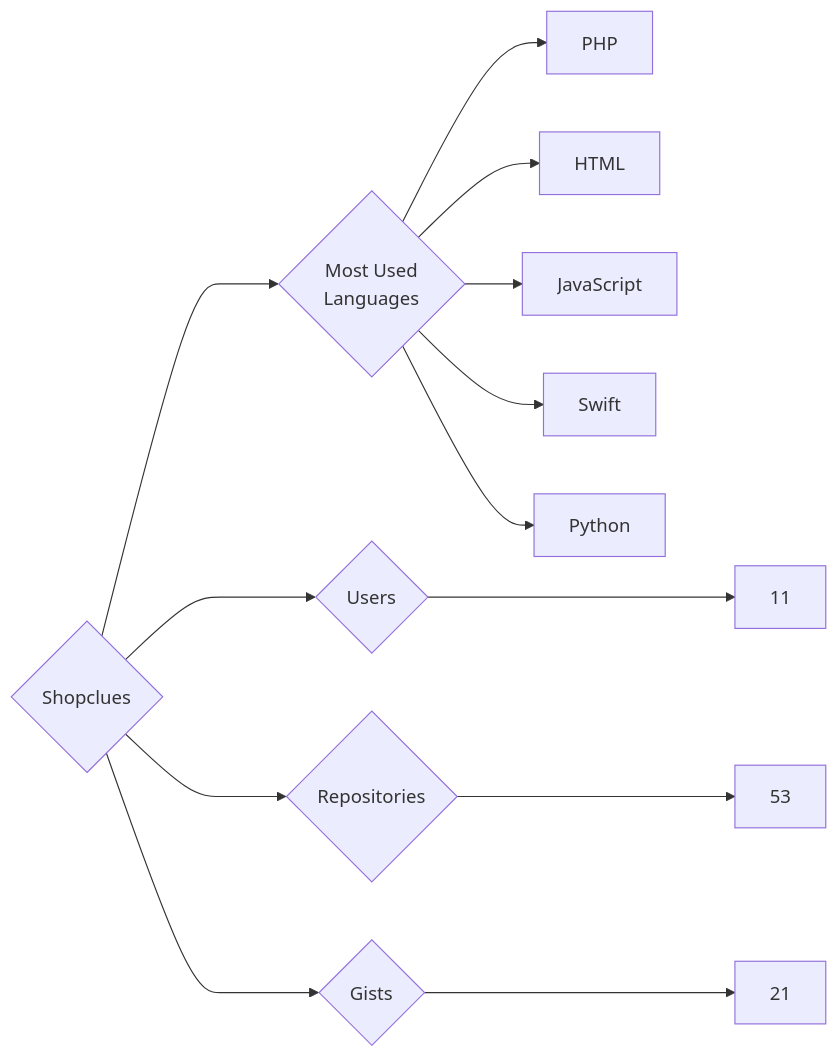
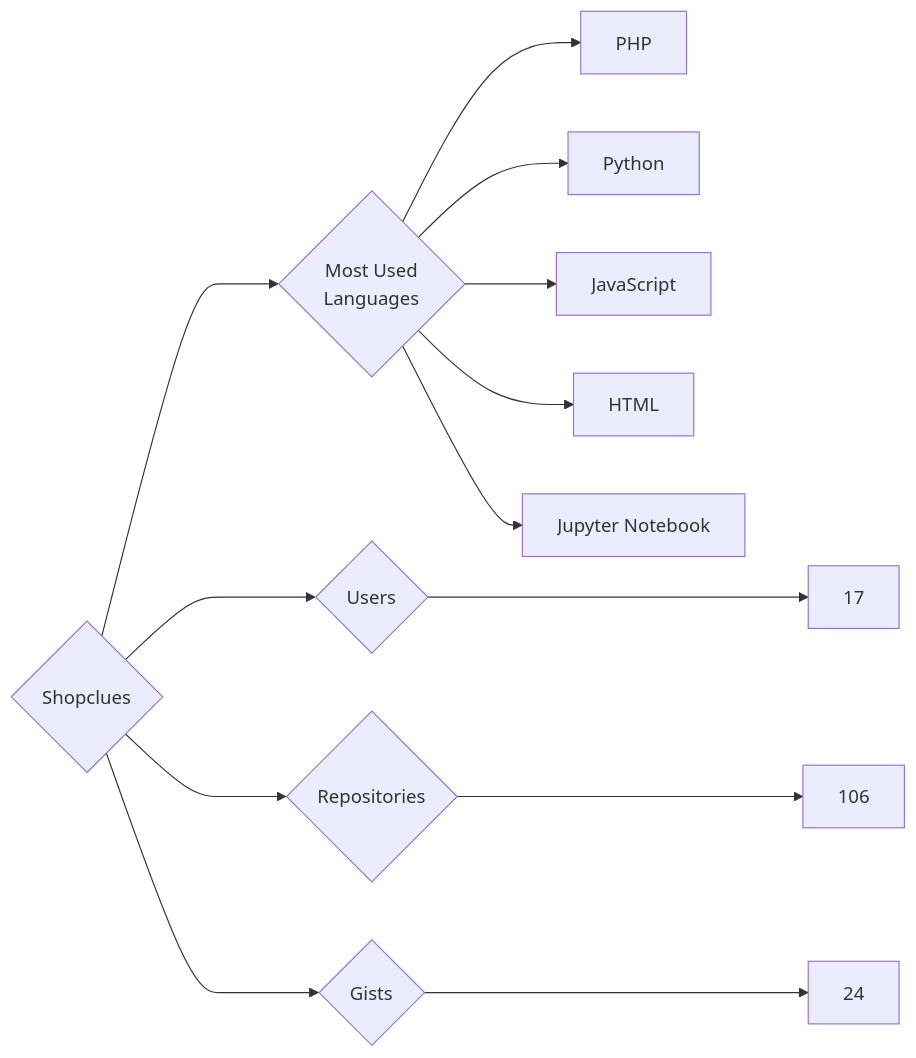
One commit to trickest/insiders changed the diagram in targets/Shopclues/README.md. Above: the diagram before and after it, drawn with Mermaid. The commit also changed 799 other files, not shown here.

````diff
--- a/targets/Shopclues/README.md
+++ b/targets/Shopclues/README.md
@@ -3,13 +3,13 @@
 ```mermaid
 graph LR
 COMPANY_NAME{Shopclues}
-COMPANY_NAME ---> U{Users} ---> UN[11]
-COMPANY_NAME ---> R{Repositories} ---> RN[53]
-COMPANY_NAME ---> G{Gists} ---> GN[21]
+COMPANY_NAME ---> U{Users} ---> UN[17]
+COMPANY_NAME ---> R{Repositories} ---> RN[106]
+COMPANY_NAME ---> G{Gists} ---> GN[24]
 COMPANY_NAME ---> ML{Most Used<br>Languages}
 ML --> PHP[PHP]
+ML --> Python[Python]
+ML --> JavaScript[JavaScript]
 ML --> HTML[HTML]
-ML --> JavaScript[JavaScript]
-ML --> Swift[Swift]
-ML --> Python[Python]
+ML --> Jupyter_Notebook[Jupyter Notebook]
 ```
````
